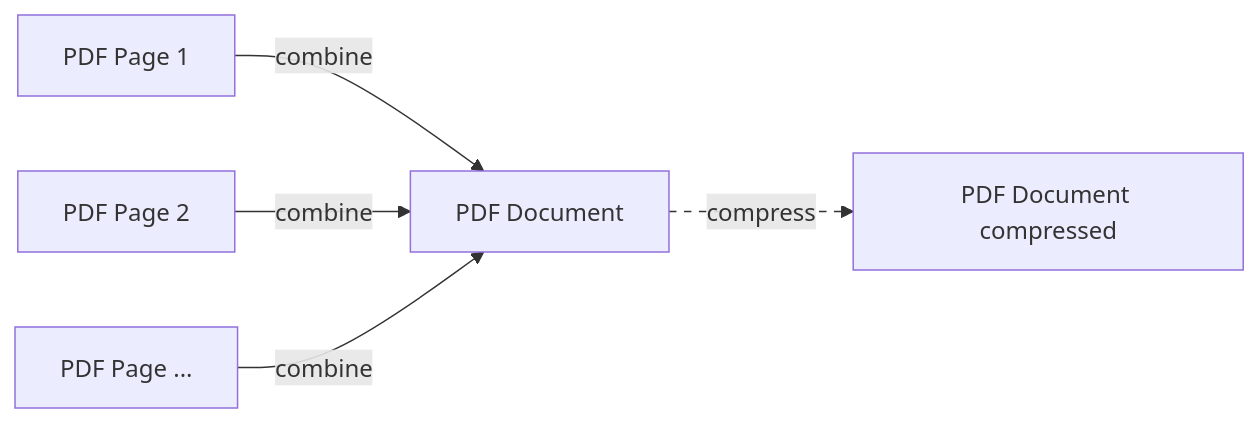
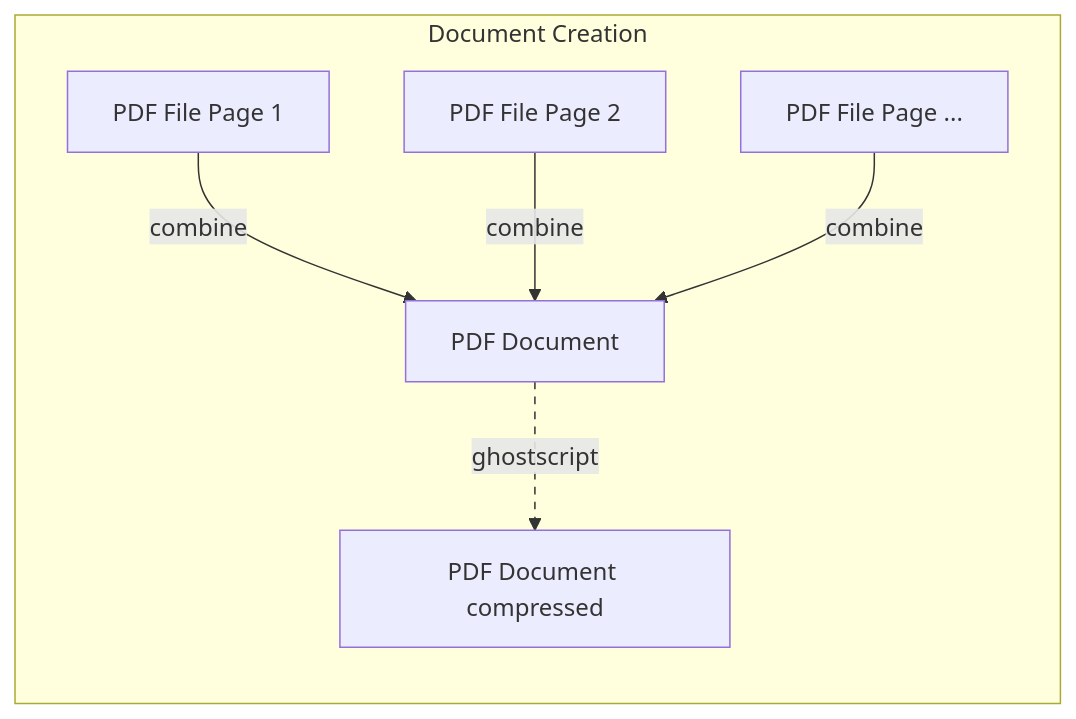
One commit to pythonnz/pdfbaker changed the third of 3 diagrams in docs/overview.md. Above: the diagram before and after it, drawn with Mermaid. The commit also changed other lines of this file and 1 other file, not shown here.

Commit message:
Improve use of diagrams

````diff
--- a/docs/overview.md
+++ b/docs/overview.md
@@ -26,8 +77,10 @@
 ```mermaid
-graph LR
-    Page1[PDF Page 1] -->|combine| Document[PDF Document]
-    Page2[PDF Page 2] -->|combine| Document
-    PageN[PDF Page ...] -->|combine| Document
-    Document -.->|compress| Compressed[PDF Document compressed]
-    linkStyle 3 stroke-dasharray: 5 5
+flowchart LR
+    subgraph Document Creation
+        Page1[PDF File Page 1] -->|combine| Document[PDF Document]
+        Page2[PDF File Page 2] -->|combine| Document
+        PageN[PDF File Page ...] -->|combine| Document
+        Document -.->|ghostscript| Compressed[PDF Document compressed]
+        linkStyle 3 stroke-dasharray: 5 5
+    end
 ```
````
